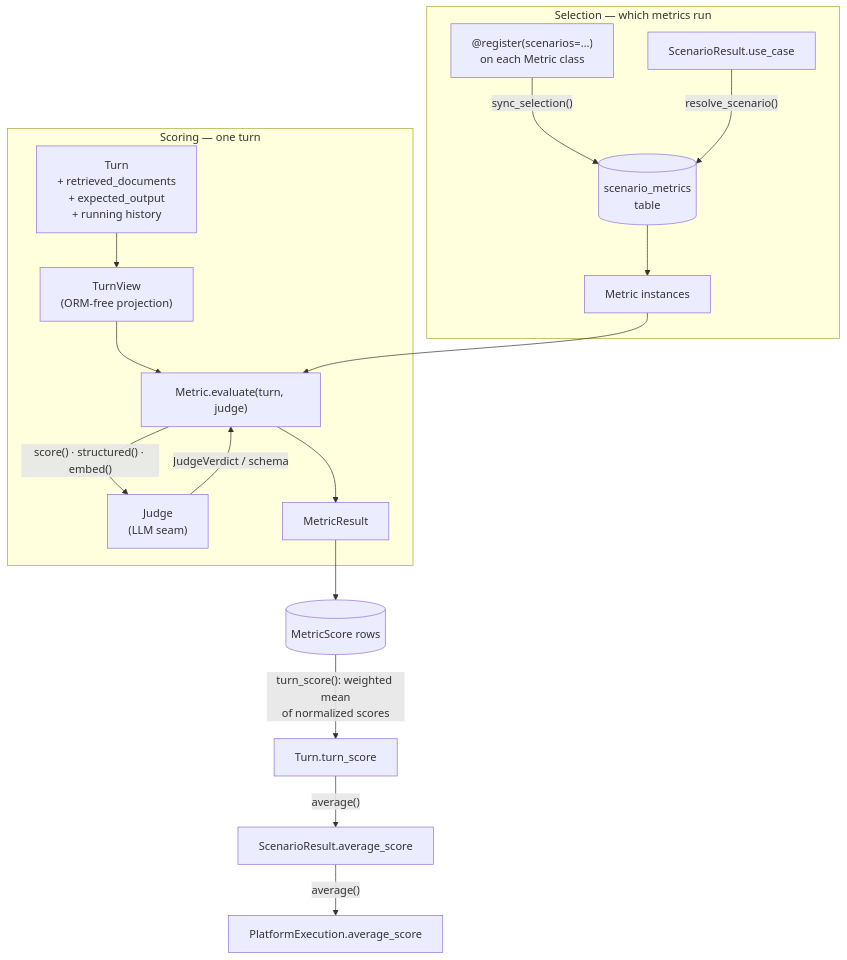
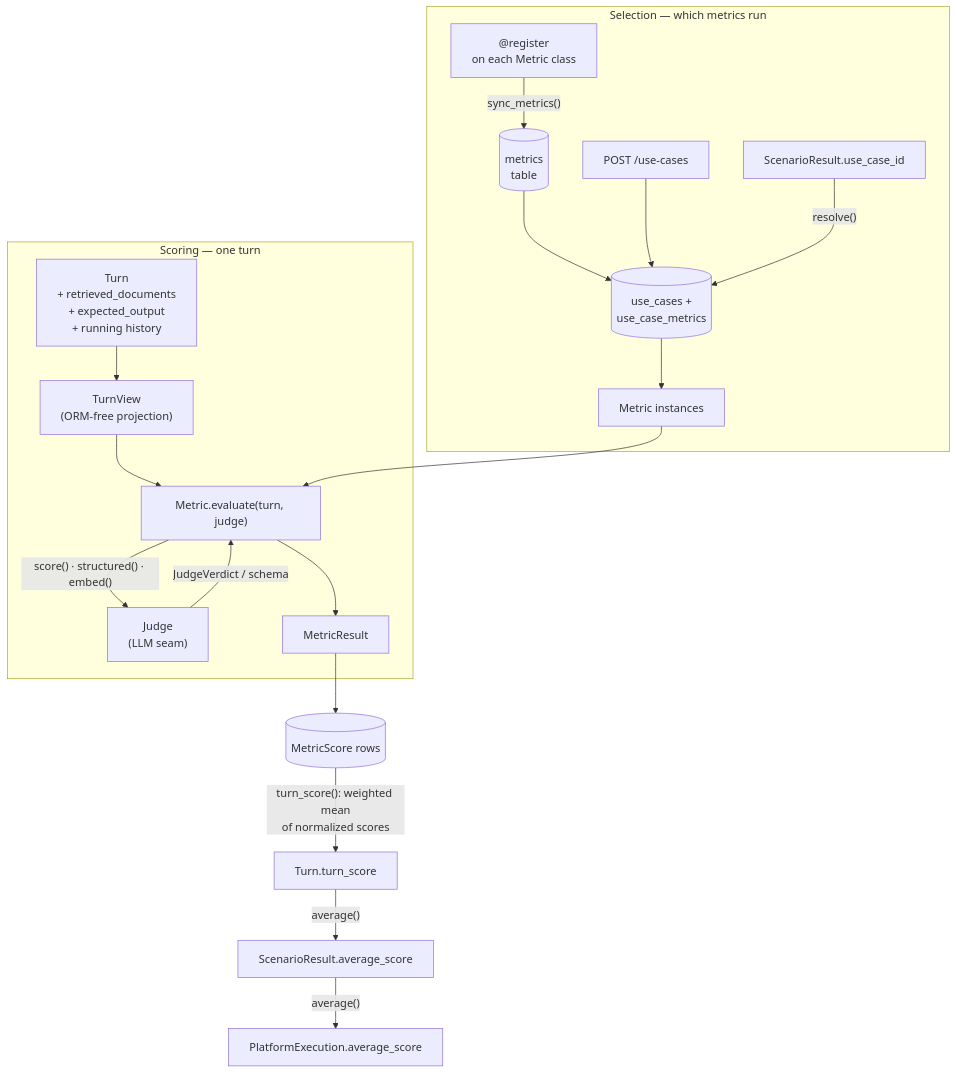
One commit to jmanuelc87/scorekeeper changed the diagram in docs/evaluation-metrics.md. Above: the diagram before and after it, drawn with Mermaid. The commit also changed other lines of this file and 36 other files, not shown here.

First line of the commit message:
feat: link scenario results and metrics through use cases

````diff
--- a/docs/evaluation-metrics.md
+++ b/docs/evaluation-metrics.md
@@ -17,30 +17,34 @@
 ```mermaid
 flowchart TD
     subgraph sel["Selection — which metrics run"]
-        reg["@register(scenarios=…)<br/>on each Metric class"]
-        tbl[("scenario_metrics<br/>table")]
-        uc["ScenarioResult.use_case"]
+        reg["@register<br/>on each Metric class"]
+        cat[("metrics<br/>table")]
+        api["POST /use-cases"]
+        tbl[("use_cases +<br/>use_case_metrics")]
+        uc["ScenarioResult.use_case_id"]
         inst["Metric instances"]
-        reg -- "sync_selection()" --> tbl
-        uc -- "resolve_scenario()" --> tbl
+        reg -- "sync_metrics()" --> cat
+        cat --> tbl
+        api --> tbl
+        uc -- "resolve()" --> tbl
         tbl --> inst
     end
 
     subgraph score["Scoring — one turn"]
         turn["Turn<br/>+ retrieved_documents<br/>+ expected_output<br/>+ running history"]
         view["TurnView<br/>(ORM-free projection)"]
         ev["Metric.evaluate(turn, judge)"]
         judge["Judge<br/>(LLM seam)"]
         res["MetricResult"]
         turn --> view --> ev
         ev -- "score() · structured() · embed()" --> judge
         judge -- "JudgeVerdict / schema" --> ev
         ev --> res
     end
 
     inst --> ev
     res --> rows[("MetricScore rows")]
     rows -- "turn_score(): weighted mean<br/>of normalized scores" --> ts["Turn.turn_score"]
     ts -- "average()" --> sa["ScenarioResult.average_score"]
     sa -- "average()" --> pa["PlatformExecution.average_score"]
 ```
````
